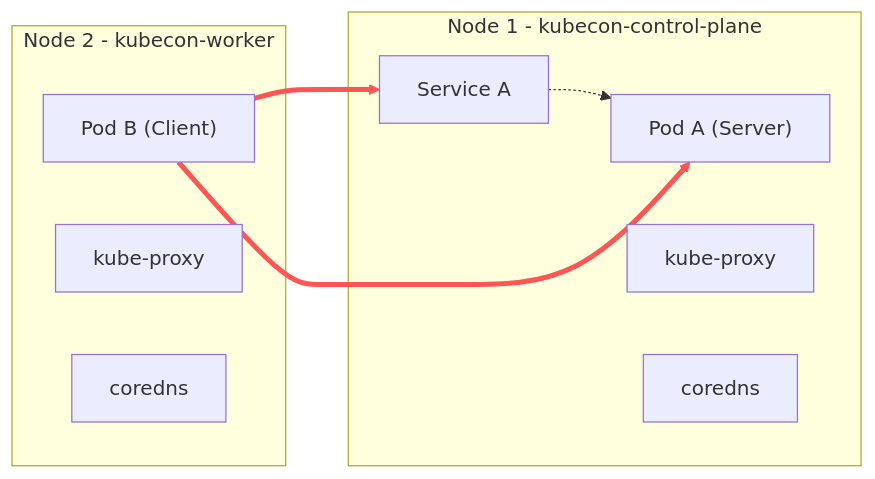
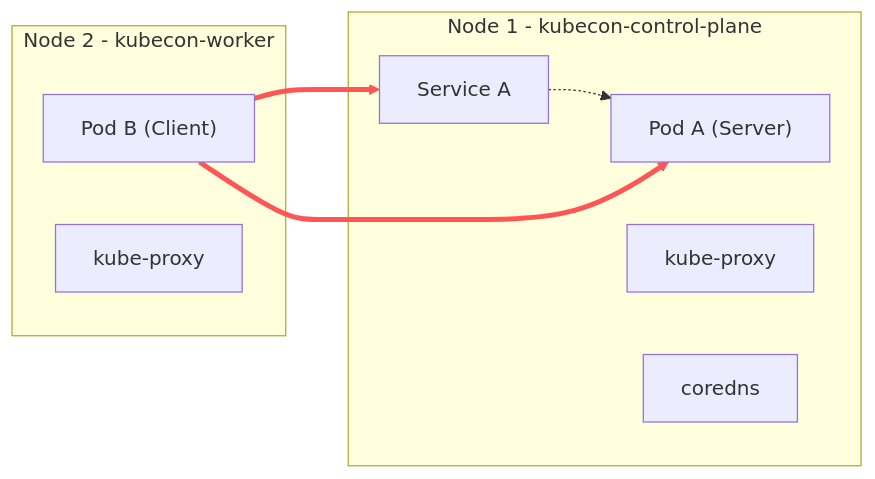
Before and after one commit to SRodi/srodi.github.io: the tenth of 12 diagrams in _posts/2025-03-17-kubecon.md, drawn with Mermaid. The commit also changed other lines of this file, not shown here.

Commit message:
kubecon diagrams

````diff
--- a/_posts/2025-03-17-kubecon.md
+++ b/_posts/2025-03-17-kubecon.md
@@ -199,23 +195,22 @@
 ```mermaid
 graph LR
     subgraph Node2 ["Node 2 - kubecon-worker"]
         PodB["Pod B (Client)"]
         KubeProxy2["kube-proxy"]
-        CoreDNS2["coredns"]
     end
 
     subgraph Node1 ["Node 1 - kubecon-control-plane"]
         SvcA["Service A"]
         PodA["Pod A (Server)"]
         KubeProxy1["kube-proxy"]
         CoreDNS1["coredns"]
         
         %% Relationships
         SvcA -.-> PodA
     end
 
     PodB --> SvcA
     PodB --> PodA
 
     linkStyle 1,2 stroke:#ff5555,stroke-width:4px;
 ```
````
